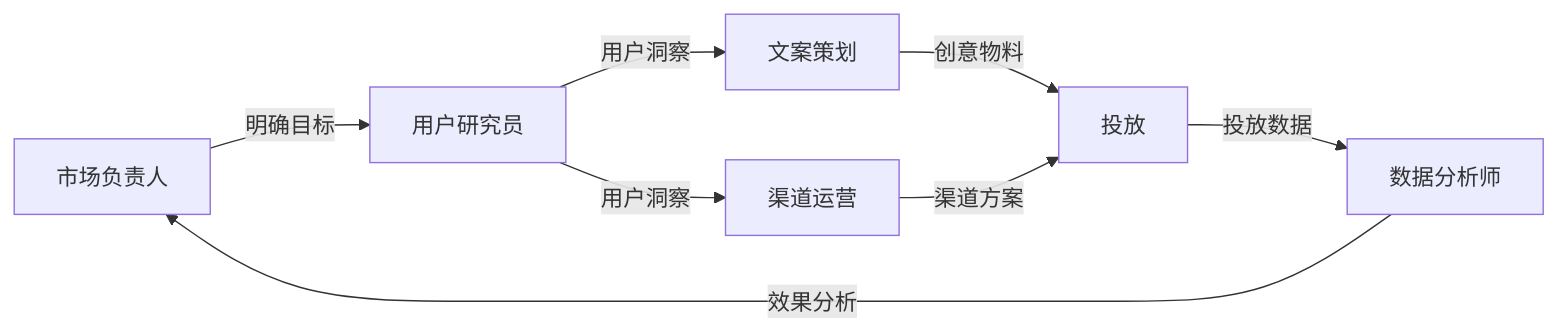
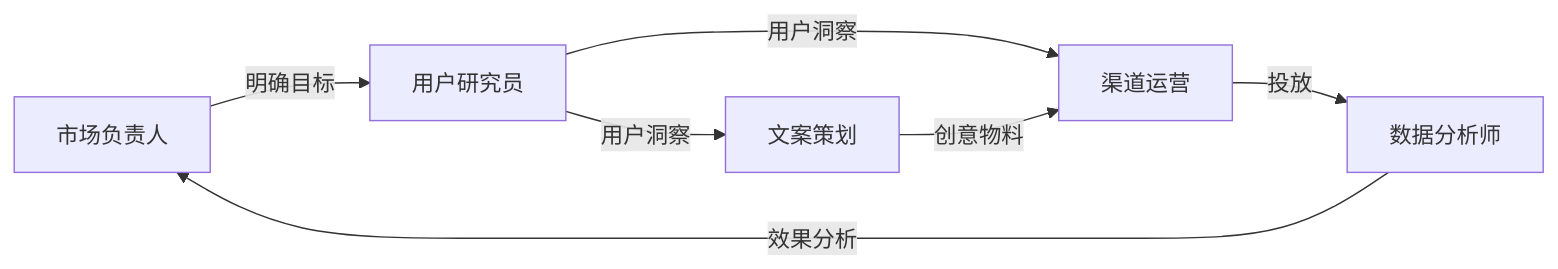
Before and after one commit to icylight/pi-tavern: the sixth of 7 diagrams in README.md, drawn with Mermaid. The commit also changed other lines of this file and 1 other file, not shown here.

Commit message:
docs(readme): 两处动作节点修正——内容出版删「发布」节点（主编定稿为终点）、市场活动「投放」并入边（渠道运营执行投放）（QA 终验口径：节点=纯职位、动作走边）

````diff
--- a/README.md
+++ b/README.md
@@ -117,9 +116,8 @@
 ```mermaid
 flowchart LR
     MK["市场负责人"] -->|"明确目标"| UR["用户研究员"]
     UR -->|"用户洞察"| CP["文案策划"] & CH["渠道运营"]
-    CP -->|"创意物料"| LA["投放"]
-    CH -->|"渠道方案"| LA
-    LA -->|"投放数据"| DA["数据分析师"]
+    CP -->|"创意物料"| CH
+    CH -->|"投放"| DA["数据分析师"]
     DA -->|"效果分析"| MK
 ```
````
